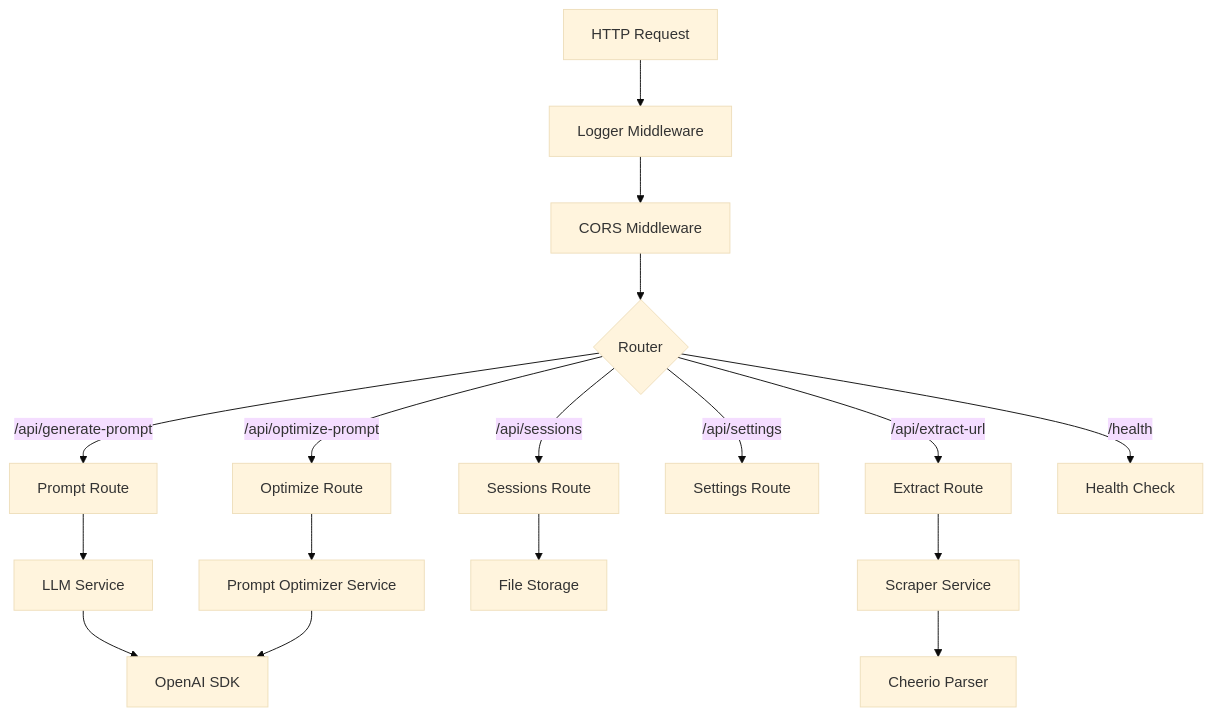
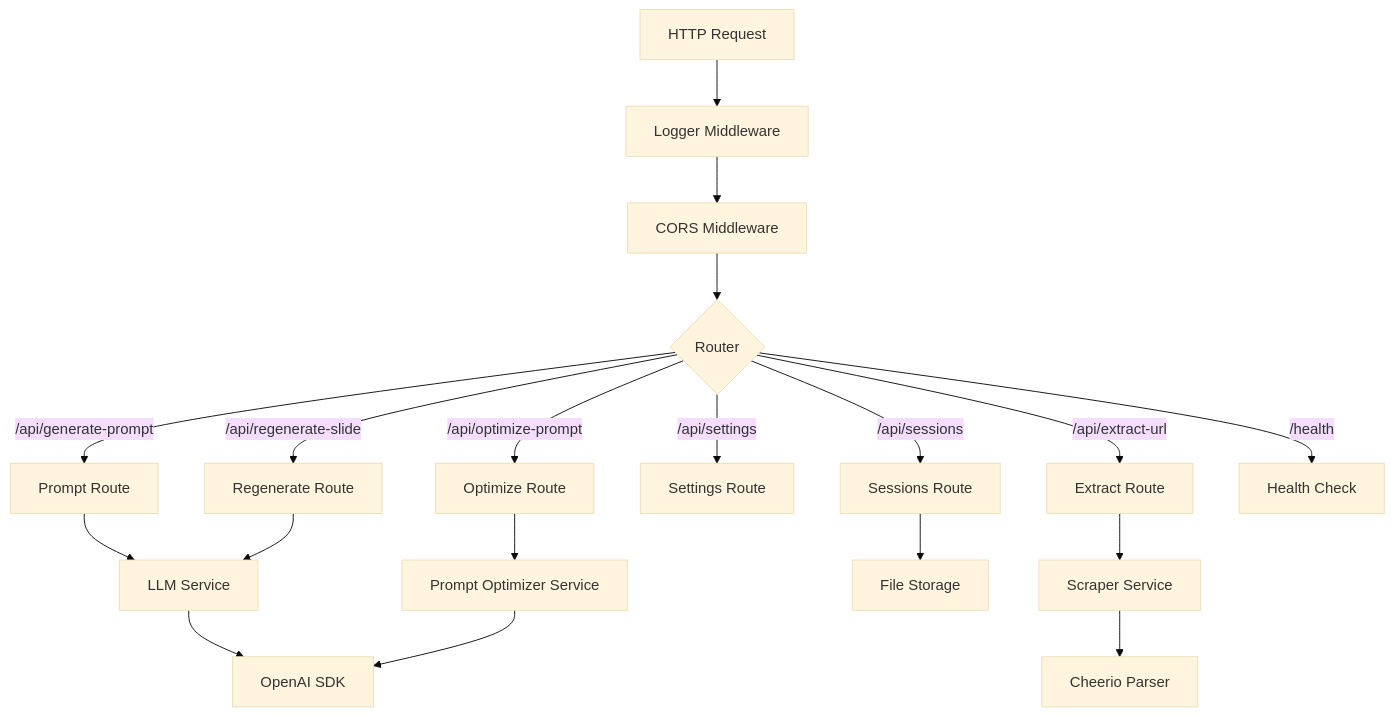
The fifth of 11 diagrams in docs/system-architecture.md (nomie7/nano-banana-slides-prompter), drawn with Mermaid (base theme) before and after one commit. The commit also changed other lines of this file and 25 other files, not shown here.

````diff
--- a/docs/system-architecture.md
+++ b/docs/system-architecture.md
@@ -121,23 +121,25 @@
 ```mermaid
 flowchart TD
     Request[HTTP Request]
     Request --> Logger[Logger Middleware]
     Logger --> CORS[CORS Middleware]
     CORS --> Router{Router}
 
     Router -->|/api/generate-prompt| Prompt[Prompt Route]
     Router -->|/api/extract-url| Extract[Extract Route]
     Router -->|/api/sessions| Sessions[Sessions Route]
     Router -->|/api/settings| Settings[Settings Route]
     Router -->|/api/optimize-prompt| Optimize[Optimize Route]
+    Router -->|/api/regenerate-slide| Regenerate[Regenerate Route]
     Router -->|/health| Health[Health Check]
 
     Prompt --> LLMService[LLM Service]
+    Regenerate --> LLMService
     Extract --> ScraperService[Scraper Service]
     Sessions --> FileStorage[File Storage]
     Optimize --> OptimizerService[Prompt Optimizer Service]
 
     LLMService --> OpenAI[OpenAI SDK]
     ScraperService --> Cheerio[Cheerio Parser]
     OptimizerService --> OpenAI
 ```
````
